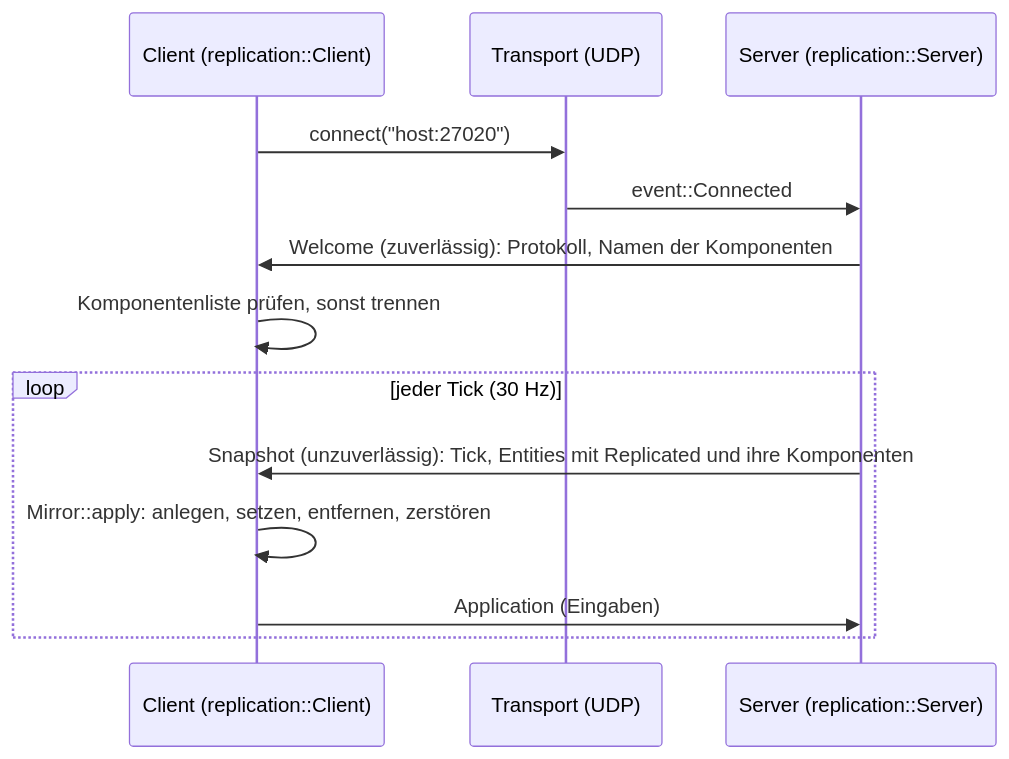
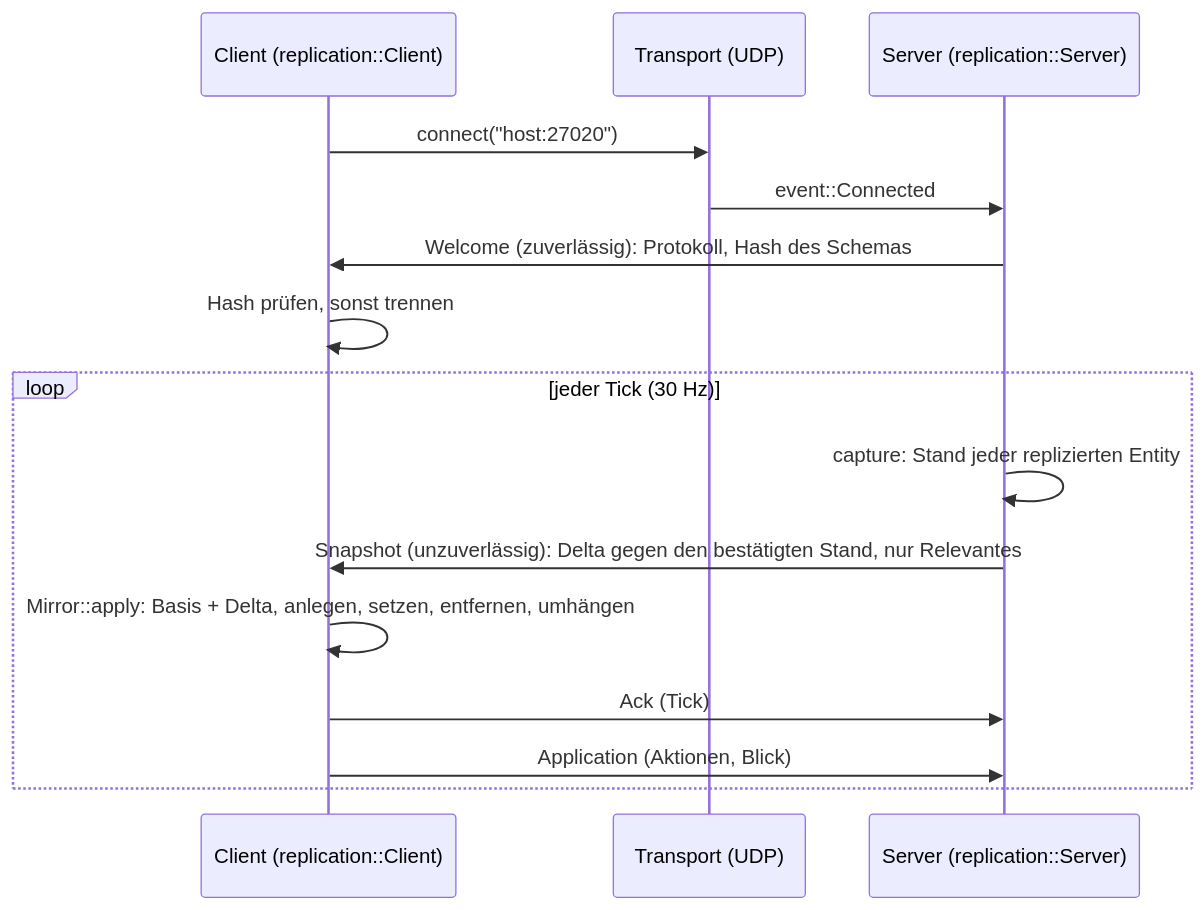
Diagram 20 of 21 in docs/architecture.md (viiez/ngine), drawn with Mermaid before and after one commit. The commit also changed other lines of this file and 38 other files, not shown here.

First line of the commit message:
R5.2: Replikation mit Deltas, Relevanz und Interpolation

````diff
--- a/docs/architecture.md
+++ b/docs/architecture.md
@@ -793,15 +793,17 @@
 ```mermaid
 sequenceDiagram
     participant C as Client (replication::Client)
     participant T as Transport (UDP)
     participant S as Server (replication::Server)
     C->>T: connect("host:27020")
     T->>S: event::Connected
-    S->>C: Welcome (zuverlässig): Protokoll, Namen der Komponenten
-    C->>C: Komponentenliste prüfen, sonst trennen
+    S->>C: Welcome (zuverlässig): Protokoll, Hash des Schemas
+    C->>C: Hash prüfen, sonst trennen
     loop jeder Tick (30 Hz)
-        S->>C: Snapshot (unzuverlässig): Tick, Entities mit Replicated und ihre Komponenten
-        C->>C: Mirror::apply: anlegen, setzen, entfernen, zerstören
-        C->>S: Application (Eingaben)
+        S->>S: capture: Stand jeder replizierten Entity
+        S->>C: Snapshot (unzuverlässig): Delta gegen den bestätigten Stand, nur Relevantes
+        C->>C: Mirror::apply: Basis + Delta, anlegen, setzen, entfernen, umhängen
+        C->>S: Ack (Tick)
+        C->>S: Application (Aktionen, Blick)
     end
 ```
````
